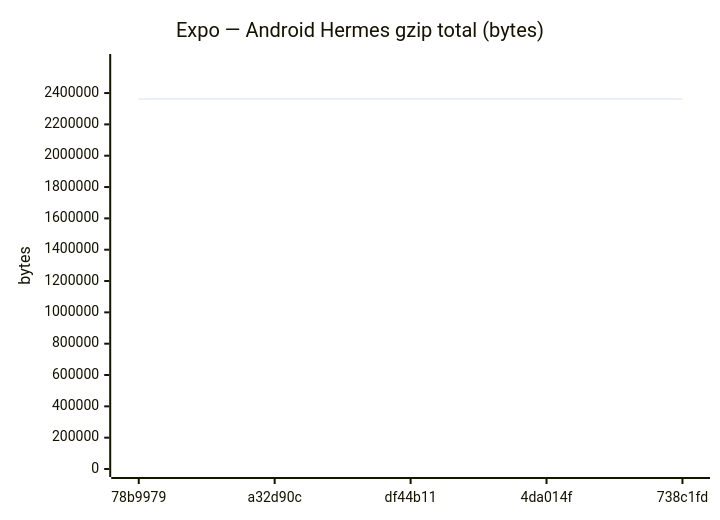
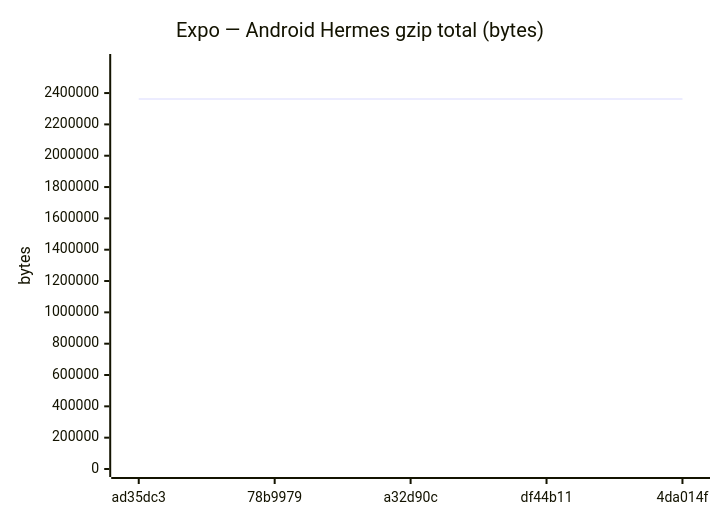
Diagram 15 of 24 in benchmarks/compare.md (Metaheurist/Rianell), drawn with Mermaid before and after one commit. The commit also changed other lines of this file and 12 other files, not shown here.

````diff
--- a/benchmarks/compare.md
+++ b/benchmarks/compare.md
@@ -221,7 +221,7 @@
 ```mermaid
 xychart-beta
     title "Expo — Android Hermes gzip total (bytes)"
-    x-axis ["78b9979", "a32d90c", "df44b11", "4da014f", "738c1fd"]
+    x-axis ["ad35dc3", "78b9979", "a32d90c", "df44b11", "4da014f"]
     y-axis "bytes" 0 --> 2598293
-    line [2362084, 2362047, 2362047, 2362048, 2362047]
+    line [2362082, 2362084, 2362047, 2362047, 2362048]
 ```
````
